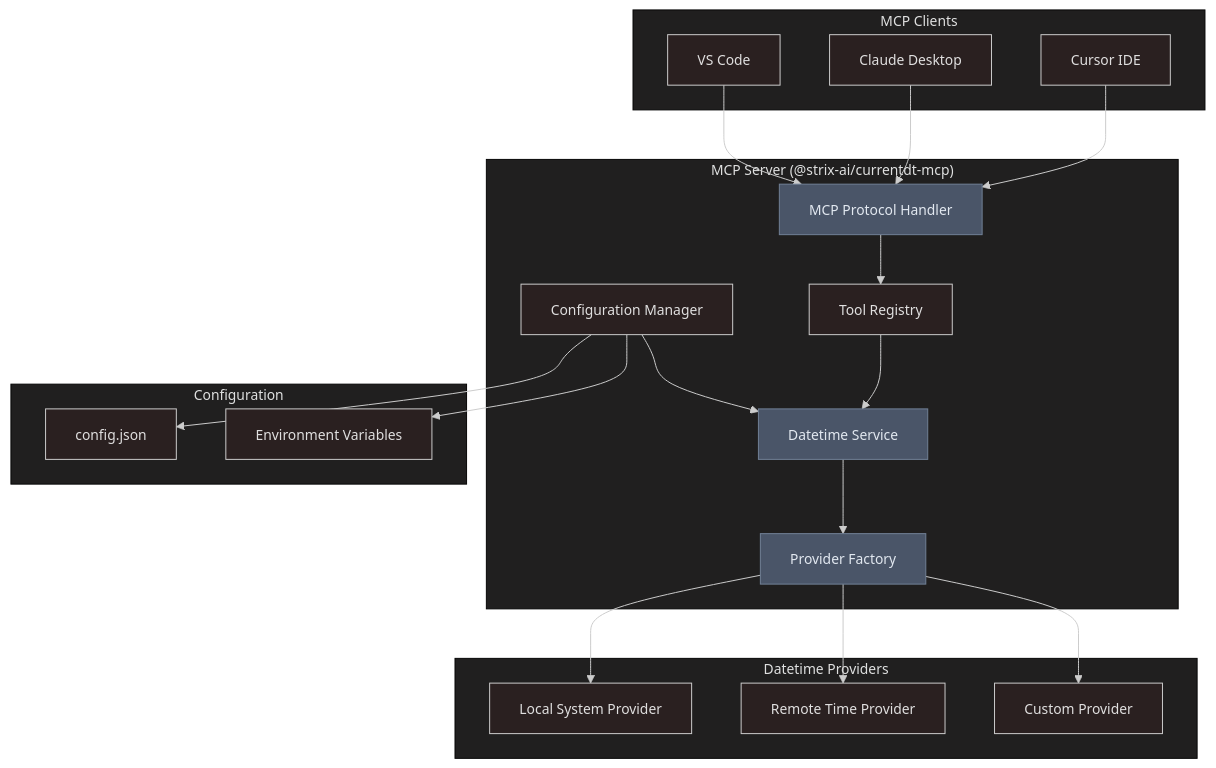
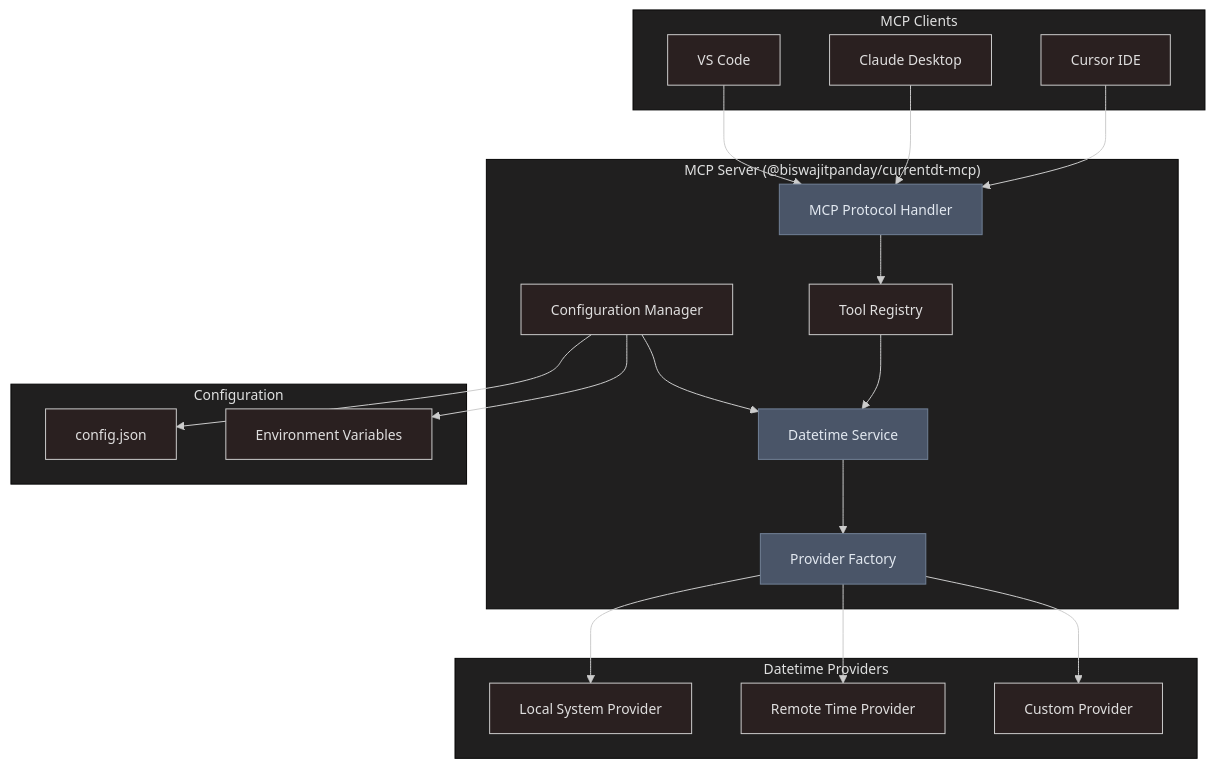
Before and after one commit to biswajitpanday/CurrentDT-mcp: the first of 7 diagrams in docs/Architecture.md, drawn with Mermaid. The commit also changed other lines of this file and 11 other files, not shown here.

````diff
--- a/docs/Architecture.md
+++ b/docs/Architecture.md
@@ -39,45 +39,45 @@
 ```mermaid
 %%{init: {'theme':'neo-dark'}}%%
 graph TB
     subgraph "MCP Clients"
         A[Cursor IDE]
         B[Claude Desktop]
         C[VS Code]
     end
 
-    subgraph "MCP Server (@strix-ai/currentdt-mcp)"
+    subgraph "MCP Server (@biswajitpanday/currentdt-mcp)"
         D[MCP Protocol Handler]
         E[Tool Registry]
         F[Datetime Service]
         G[Configuration Manager]
         H[Provider Factory]
     end
 
     subgraph "Datetime Providers"
         I[Local System Provider]
         J[Remote Time Provider]
         K[Custom Provider]
     end
 
     subgraph "Configuration"
         L[config.json]
         M[Environment Variables]
     end
 
     A --> D
     B --> D
     C --> D
     D --> E
     E --> F
     F --> H
     H --> I
     H --> J
     H --> K
     G --> L
     G --> M
     G --> F
 
     style D fill:#4a5568,stroke:#718096,color:#e2e8f0
     style F fill:#4a5568,stroke:#718096,color:#e2e8f0
     style H fill:#4a5568,stroke:#718096,color:#e2e8f0
 ```
````
